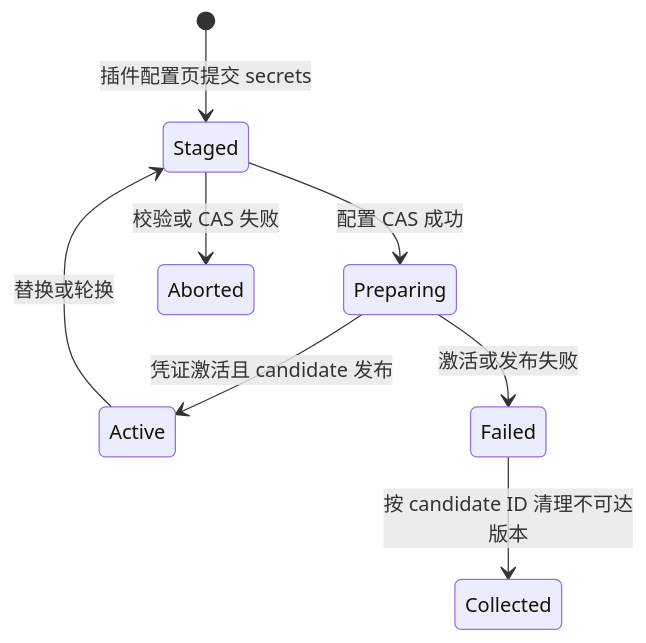
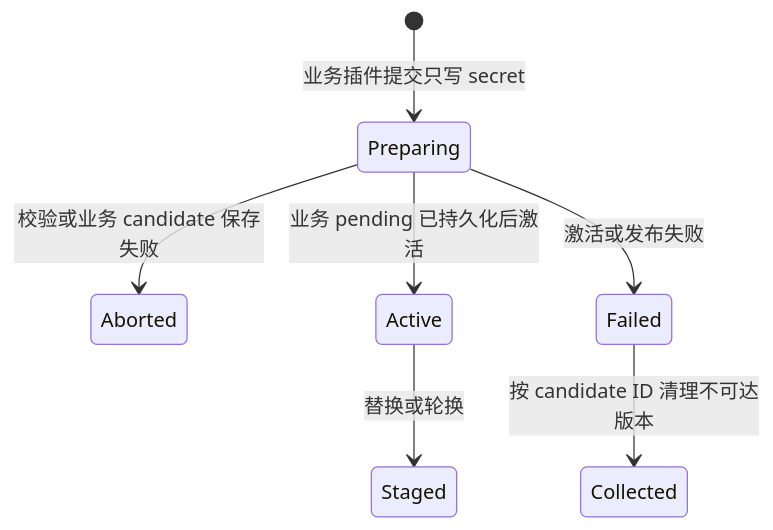
The diagram in docs/dev/architecture/插件配置与托管凭证.md (yandt/VastPlan), drawn with Mermaid before and after one commit. The commit also changed other lines of this file and 31 other files, not shown here.

````diff
--- a/docs/dev/architecture/插件配置与托管凭证.md
+++ b/docs/dev/architecture/插件配置与托管凭证.md
@@ -57,10 +59,9 @@
 ```mermaid
 stateDiagram-v2
-    [*] --> Staged: 插件配置页提交 secrets
-    Staged --> Preparing: 配置 CAS 成功
-    Staged --> Aborted: 校验或 CAS 失败
-    Preparing --> Active: 凭证激活且 candidate 发布
+    [*] --> Preparing: 业务插件提交只写 secret
+    Preparing --> Aborted: 校验或业务 candidate 保存失败
+    Preparing --> Active: 业务 pending 已持久化后激活
     Preparing --> Failed: 激活或发布失败
     Failed --> Collected: 按 candidate ID 清理不可达版本
     Active --> Staged: 替换或轮换
 ```
````
